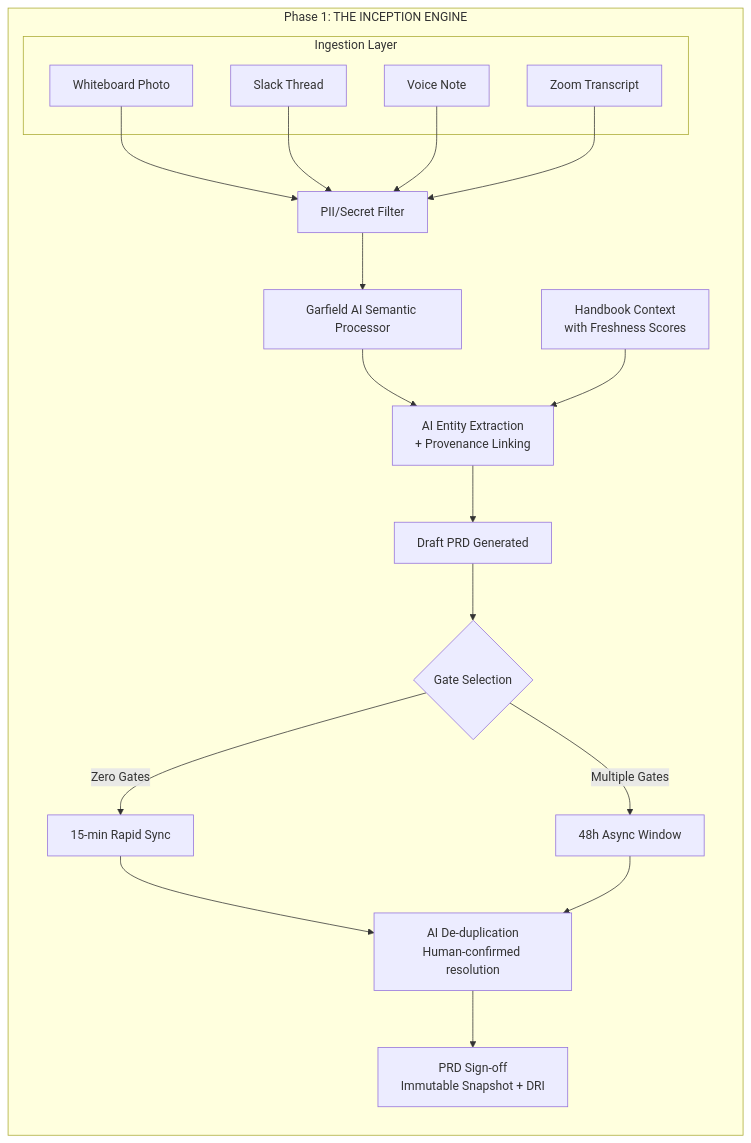
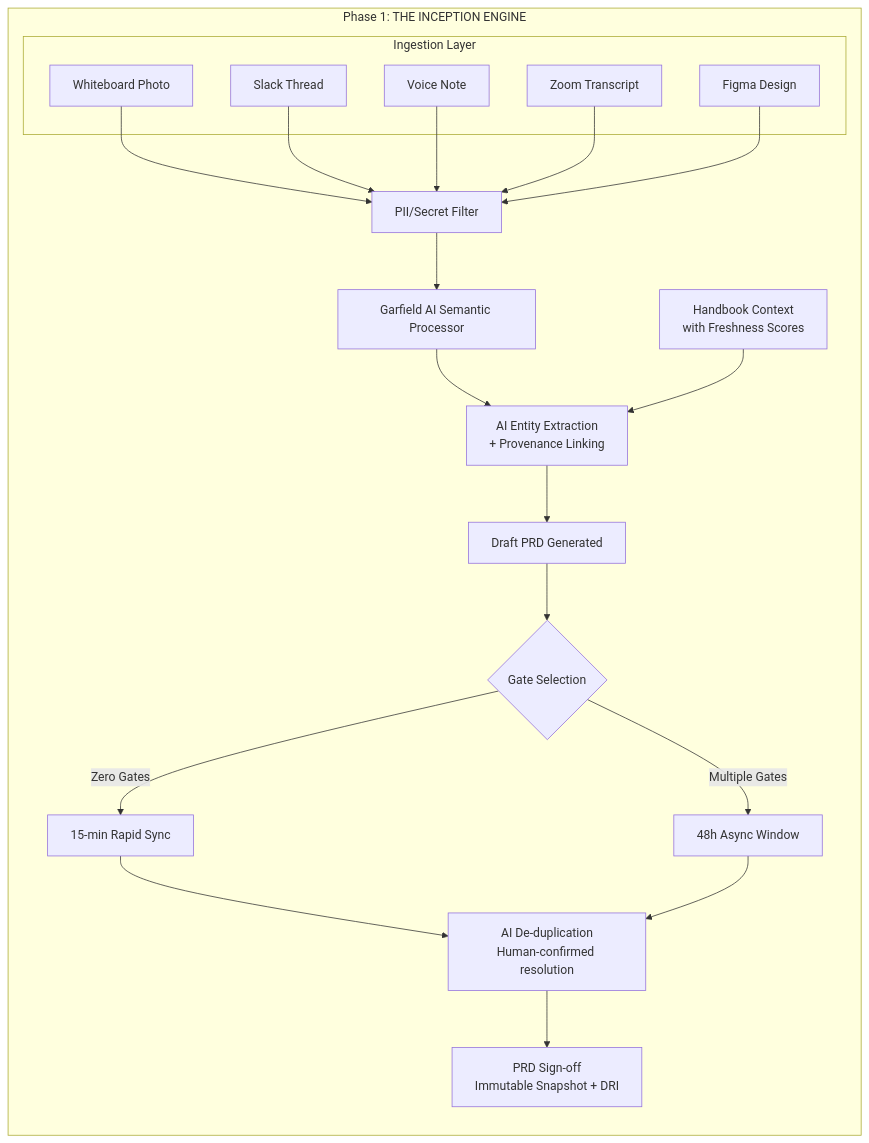
The second of 9 diagrams in docs/architecture.md (ckmonish2000/Garfield), drawn with Mermaid before and after one commit. The commit also changed other lines of this file, not shown here.

Commit message:
feat: support figma too

````diff
--- a/docs/architecture.md
+++ b/docs/architecture.md
@@ -148,22 +169,23 @@
 ```mermaid
 graph TD
     subgraph INCEPTION["Phase 1: THE INCEPTION ENGINE"]
         direction TB
         subgraph Ingestion["Ingestion Layer"]
             WB[Whiteboard Photo]
             SL[Slack Thread]
             VN[Voice Note]
             ZT[Zoom Transcript]
+            FIG[Figma Design]
         end
-        WB & SL & VN & ZT --> PII[PII/Secret Filter]
+        WB & SL & VN & ZT & FIG --> PII[PII/Secret Filter]
         PII --> SP[Garfield AI Semantic Processor]
         SP --> EE[AI Entity Extraction<br/>+ Provenance Linking]
         HC[Handbook Context<br/>with Freshness Scores] --> EE
         EE --> DP[Draft PRD Generated]
         DP --> MS{Gate Selection}
         MS -->|Zero Gates| RS[15-min Rapid Sync]
         MS -->|Multiple Gates| AW[48h Async Window]
         RS & AW --> DED[AI De-duplication<br/>Human-confirmed resolution]
         DED --> PS[PRD Sign-off<br/>Immutable Snapshot + DRI]
     end
 ```
````
